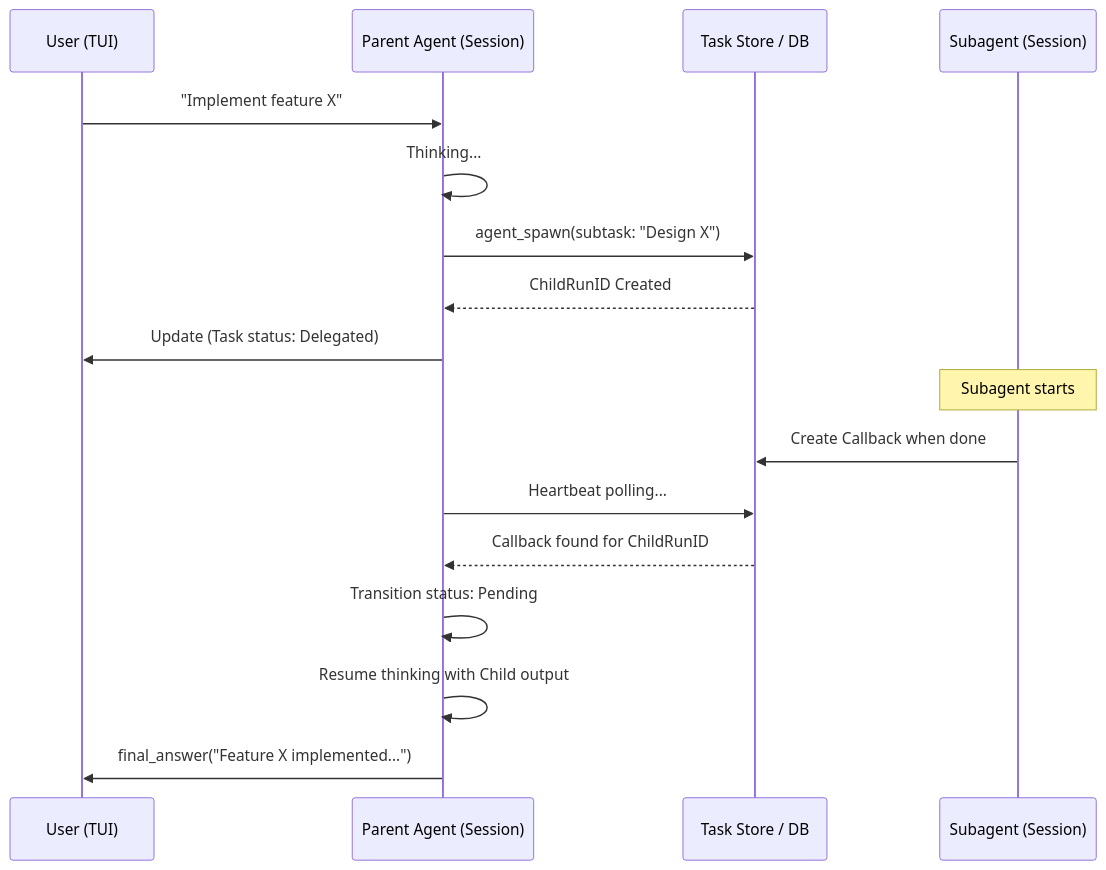
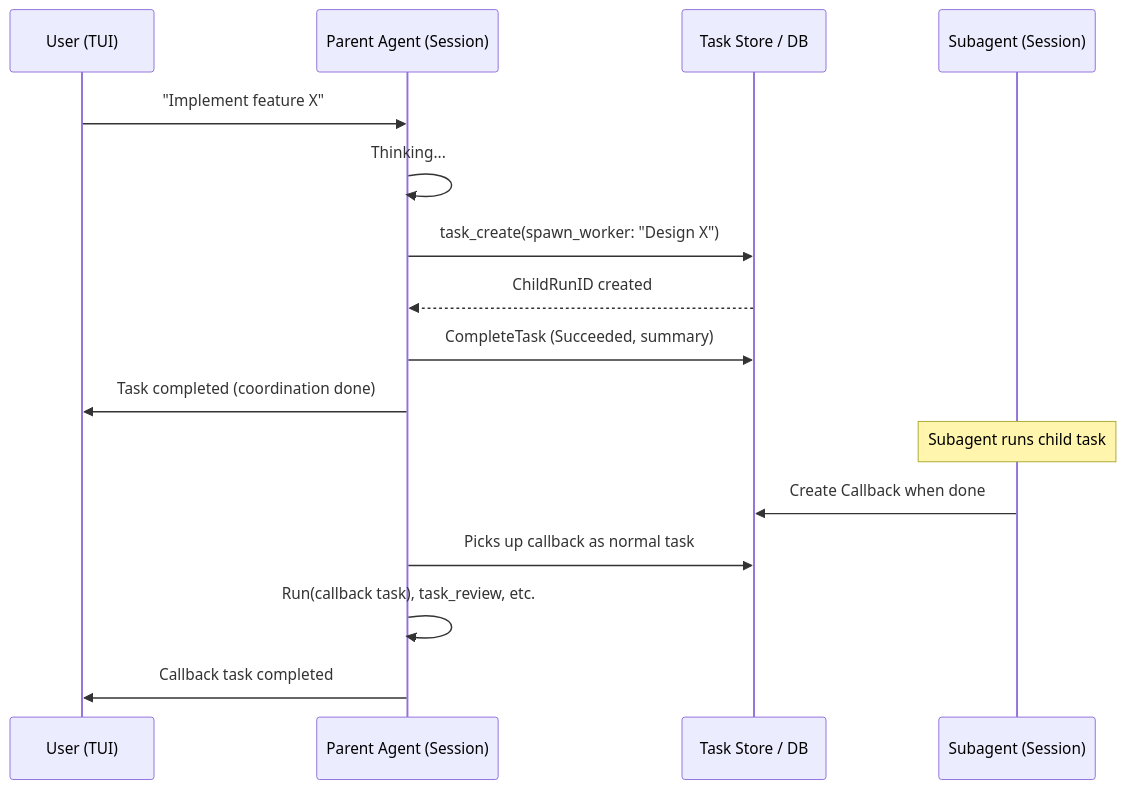
One commit to tinoosan/agen8 changed the third of 3 diagrams in workbench-core/docs/architecture/system-overview.md. Above: the diagram before and after it, drawn with Mermaid. The commit also changed other lines of this file and 8 other files, not shown here.

Commit message:
refactor: Simplify agent coordination by removing delegation state and enhancing callback processing, allowing immediate task completion upon summarization. Update documentation to reflect changes in task lifecycle and coordination principles.

````diff
--- a/workbench-core/docs/architecture/system-overview.md
+++ b/workbench-core/docs/architecture/system-overview.md
@@ -62,23 +60,21 @@
 ```mermaid
 sequenceDiagram
     participant User as User (TUI)
     participant Parent as Parent Agent (Session)
     participant Store as Task Store / DB
     participant Child as Subagent (Session)
 
     User->>Parent: "Implement feature X"
     Parent->>Parent: Thinking...
-    Parent->>Store: agent_spawn(subtask: "Design X")
-    Store-->>Parent: ChildRunID Created
-    Parent->>User: Update (Task status: Delegated)
-    
-    Note over Child: Subagent starts
+    Parent->>Store: task_create(spawn_worker: "Design X")
+    Store-->>Parent: ChildRunID created
+    Parent->>Store: CompleteTask (Succeeded, summary)
+    Parent->>User: Task completed (coordination done)
+
+    Note over Child: Subagent runs child task
     Child->>Store: Create Callback when done
-    
-    Parent->>Store: Heartbeat polling...
-    Store-->>Parent: Callback found for ChildRunID
-    Parent->>Parent: Transition status: Pending
-    
-    Parent->>Parent: Resume thinking with Child output
-    Parent->>User: final_answer("Feature X implemented...")
+
+    Parent->>Store: Picks up callback as normal task
+    Parent->>Parent: Run(callback task), task_review, etc.
+    Parent->>User: Callback task completed
 ```
````
